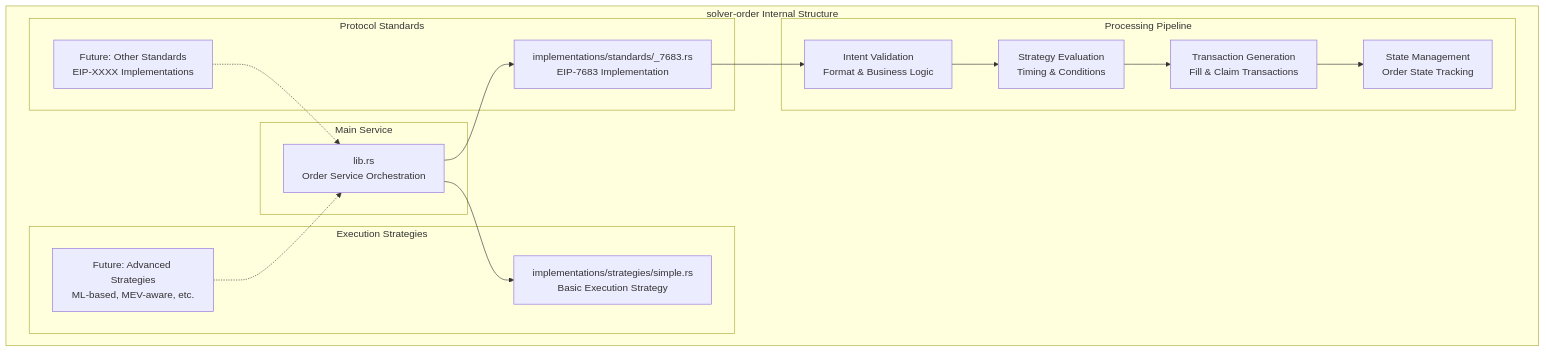
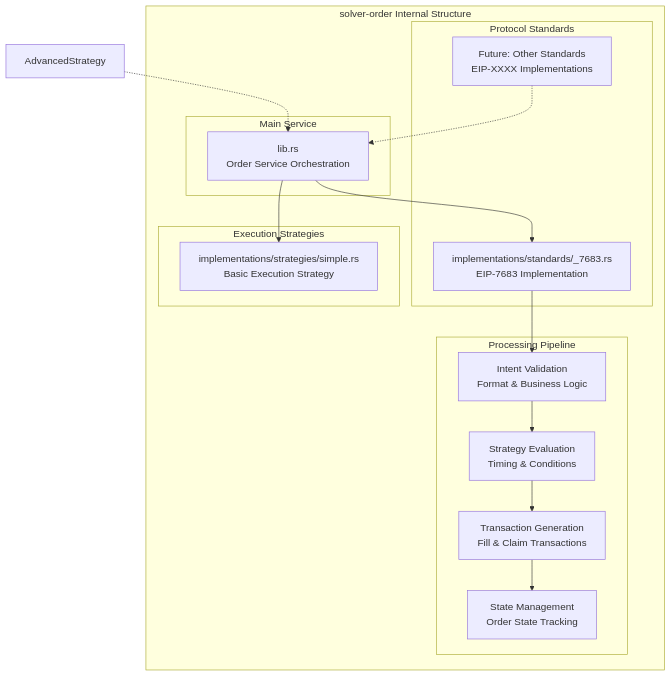
The first of 2 diagrams in docs/developer/crates/solver-order.md (openintentsframework/oif-solver), drawn with Mermaid before and after one commit. The commit also changed 4 other files, not shown here.

````diff
--- a/docs/developer/crates/solver-order.md
+++ b/docs/developer/crates/solver-order.md
@@ -9,36 +9,35 @@
 ```mermaid
 graph TB
     subgraph "solver-order Internal Structure"
         subgraph "Main Service"
             OrderService[lib.rs<br/>Order Service Orchestration]
         end
 
         subgraph "Protocol Standards"
             EIP7683Impl[implementations/standards/_7683.rs<br/>EIP-7683 Implementation]
             FutureProtocols[Future: Other Standards<br/>EIP-XXXX Implementations]
         end
 
         subgraph "Execution Strategies"
             SimpleStrategy[implementations/strategies/simple.rs<br/>Basic Execution Strategy]
-            AdvancedStrategy[Future: Advanced Strategies<br/>ML-based, MEV-aware, etc.]
         end
 
         subgraph "Processing Pipeline"
             Validation[Intent Validation<br/>Format & Business Logic]
             StrategyEval[Strategy Evaluation<br/>Timing & Conditions]
             TxGeneration[Transaction Generation<br/>Fill & Claim Transactions]
             StateUpdates[State Management<br/>Order State Tracking]
         end
     end
 
     OrderService --> EIP7683Impl
     OrderService --> SimpleStrategy
 
     EIP7683Impl --> Validation
     Validation --> StrategyEval
     StrategyEval --> TxGeneration
     TxGeneration --> StateUpdates
 
     FutureProtocols -.-> OrderService
     AdvancedStrategy -.-> OrderService
 ```
````
